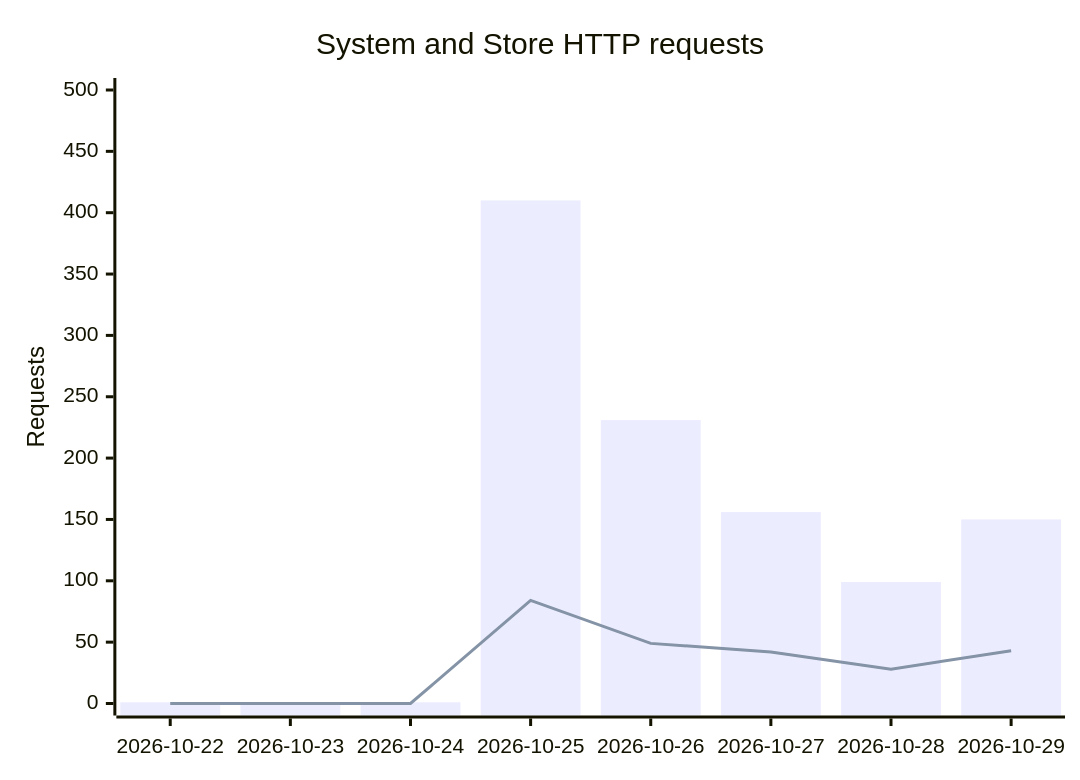
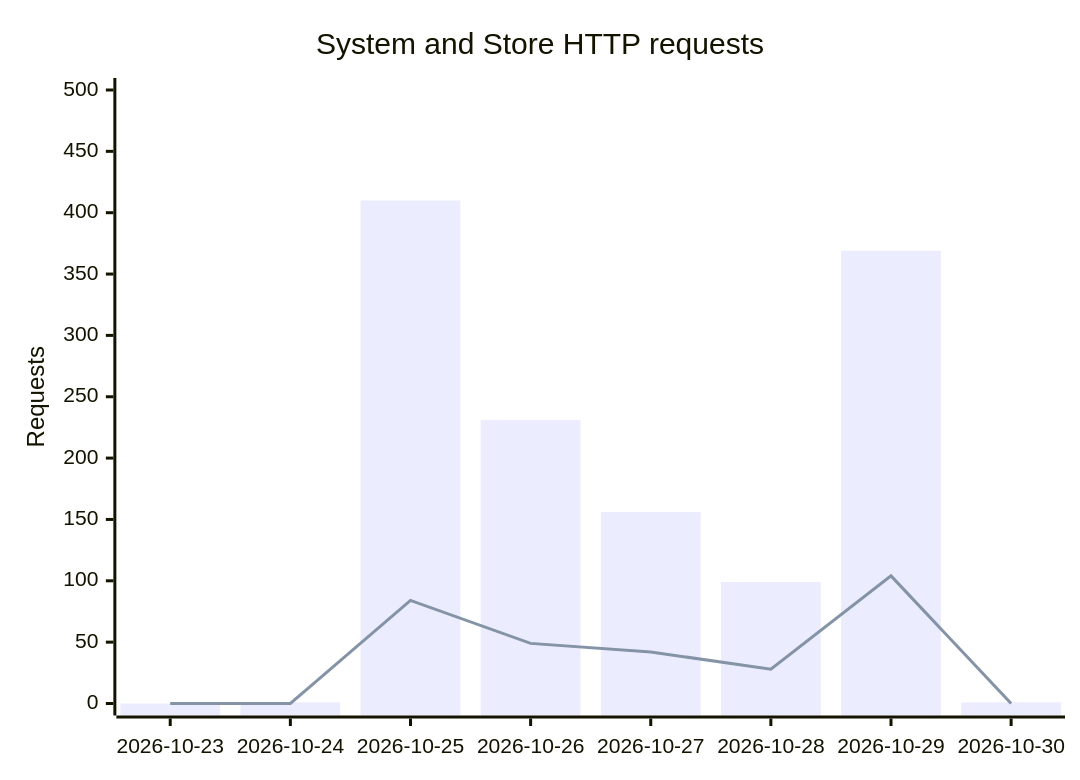
The diagram in APPLICATION-ACTIVITY.md (GeorgePlattDemo/3d-solutions-program), drawn with Mermaid before and after one commit. The commit also changed other lines of this file and 2 other files, not shown here.

````diff
--- a/APPLICATION-ACTIVITY.md
+++ b/APPLICATION-ACTIVITY.md
@@ -9,8 +9,8 @@
 ```mermaid
 xychart-beta
     title "System and Store HTTP requests"
-    x-axis ["2026-10-22","2026-10-23","2026-10-24","2026-10-25","2026-10-26","2026-10-27","2026-10-28","2026-10-29"]
+    x-axis ["2026-10-23","2026-10-24","2026-10-25","2026-10-26","2026-10-27","2026-10-28","2026-10-29","2026-10-30"]
     y-axis "Requests" 0 --> 500
-    bar [1,1,1,410,231,156,99,150]
-    line [0,0,0,84,49,42,28,43]
+    bar [0,1,410,231,156,99,369,1]
+    line [0,0,84,49,42,28,104,0]
 ```
````
